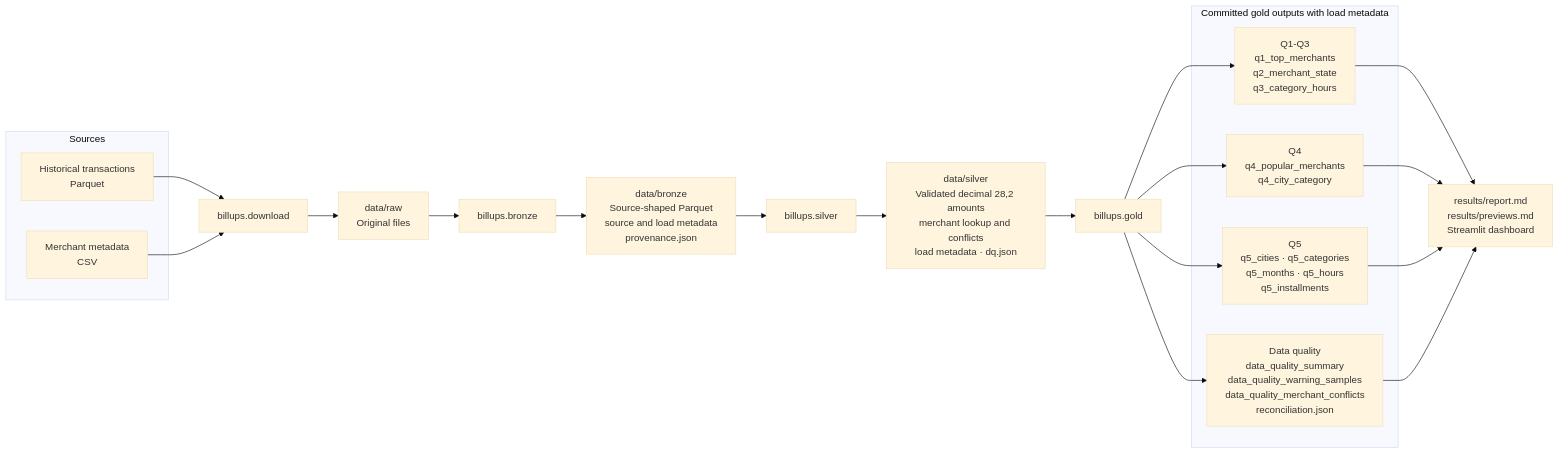
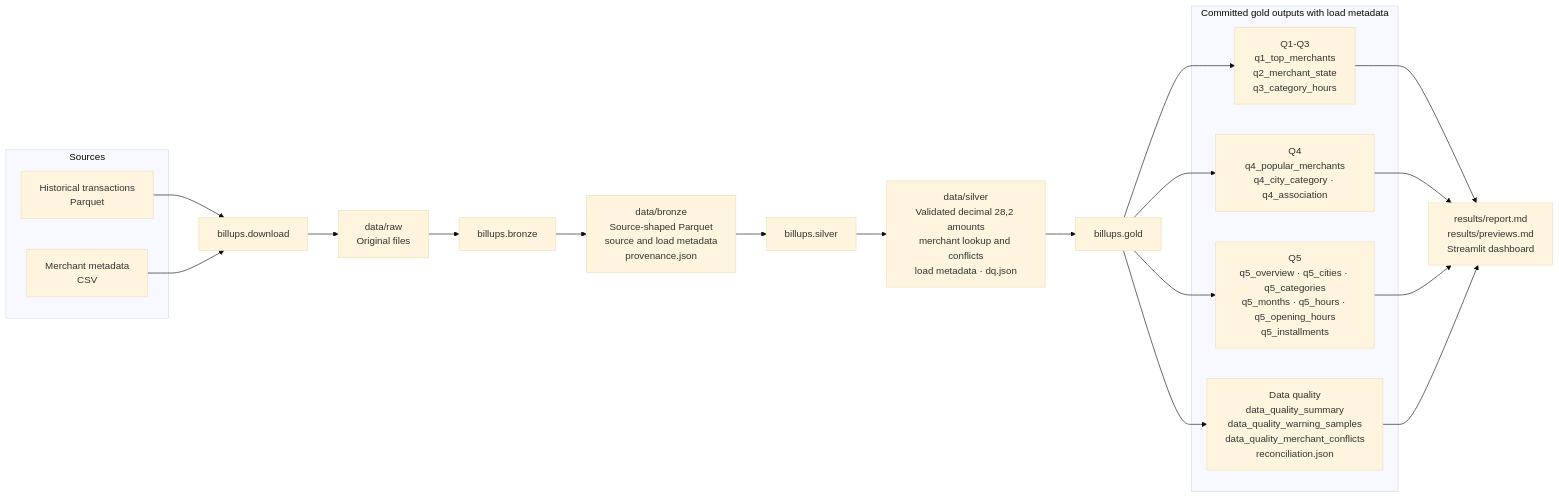
The diagram in README.md (AndreFelippeVidal/case-billups-data-engineering), drawn with Mermaid (base theme) before and after one commit. The commit also changed other lines of this file and 23 other files, not shown here.

````diff
--- a/README.md
+++ b/README.md
@@ -17,37 +17,37 @@
 ```mermaid
 flowchart LR
     subgraph Sources
         TX[Historical transactions<br/>Parquet]
         ME[Merchant metadata<br/>CSV]
     end
 
     DL[ billups.download ]
     RAW[data/raw<br/>Original files]
     BR[ billups.bronze ]
     BZ[data/bronze<br/>Source-shaped Parquet<br/>source and load metadata<br/>provenance.json]
     SI[ billups.silver ]
     SV[data/silver<br/>Validated decimal 28,2 amounts<br/>merchant lookup and conflicts<br/>load metadata · dq.json]
     GO[ billups.gold ]
 
     subgraph GOLD[Committed gold outputs with load metadata]
         G13[Q1-Q3<br/>q1_top_merchants<br/>q2_merchant_state<br/>q3_category_hours]
-        G4[Q4<br/>q4_popular_merchants<br/>q4_city_category]
-        G5[Q5<br/>q5_cities · q5_categories<br/>q5_months · q5_hours<br/>q5_installments]
+        G4[Q4<br/>q4_popular_merchants<br/>q4_city_category · q4_association]
+        G5[Q5<br/>q5_overview · q5_cities · q5_categories<br/>q5_months · q5_hours · q5_opening_hours<br/>q5_installments]
         GDQ[Data quality<br/>data_quality_summary<br/>data_quality_warning_samples<br/>data_quality_merchant_conflicts<br/>reconciliation.json]
     end
 
     OUT[results/report.md<br/>results/previews.md<br/>Streamlit dashboard]
 
     TX --> DL
     ME --> DL
     DL --> RAW
     RAW --> BR --> BZ --> SI --> SV --> GO
     GO --> G13
     GO --> G4
     GO --> G5
     GO --> GDQ
     G13 --> OUT
     G4 --> OUT
     G5 --> OUT
     GDQ --> OUT
 ```
````
